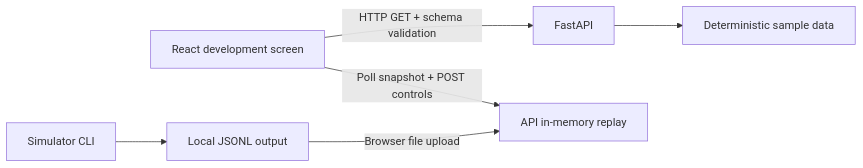
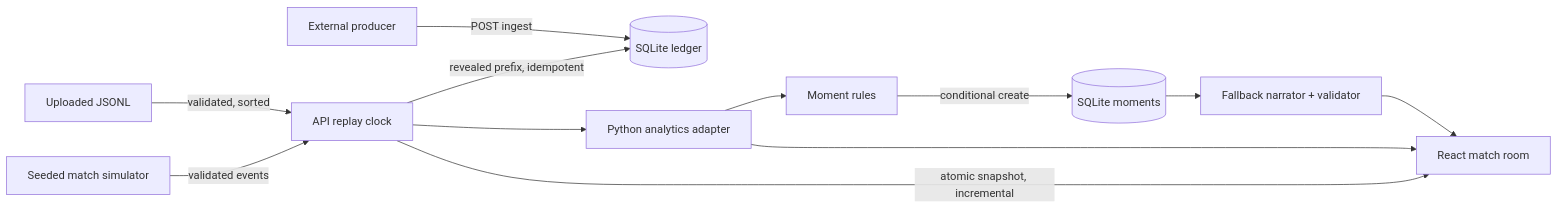
The first of 3 diagrams in docs/ARCHITECTURE.md (akashsv01/omnipitch), drawn with Mermaid before and after one commit. The commit also changed other lines of this file and 75 other files, not shown here.

First line of the commit message:
feat: complete Phase 1, local Phase 2 analytics, Azure mode and match-room redesign

````diff
--- a/docs/ARCHITECTURE.md
+++ b/docs/ARCHITECTURE.md
@@ -5,8 +5,14 @@
 ```mermaid
 flowchart LR
-  React[React development screen] -->|HTTP GET + schema validation| API[FastAPI]
-  API --> Fixtures[Deterministic sample data]
-  Simulator[Simulator CLI] --> JSONL[Local JSONL output]
-  JSONL -->|Browser file upload| Replay[API in-memory replay]
-  React -->|Poll snapshot + POST controls| Replay
+  Sim[Seeded match simulator] -->|validated events| Replay[API replay clock]
+  JSONL[Uploaded JSONL] -->|validated, sorted| Replay
+  Replay -->|revealed prefix, idempotent| Ledger[(SQLite ledger)]
+  Producer[External producer] -->|POST ingest| Ledger
+  Replay --> Analytics[Python analytics adapter]
+  Analytics --> Detect[Moment rules]
+  Detect -->|conditional create| Moments[(SQLite moments)]
+  Moments --> Narrate[Fallback narrator + validator]
+  Replay -->|atomic snapshot, incremental| UI[React match room]
+  Analytics --> UI
+  Narrate --> UI
 ```
````
